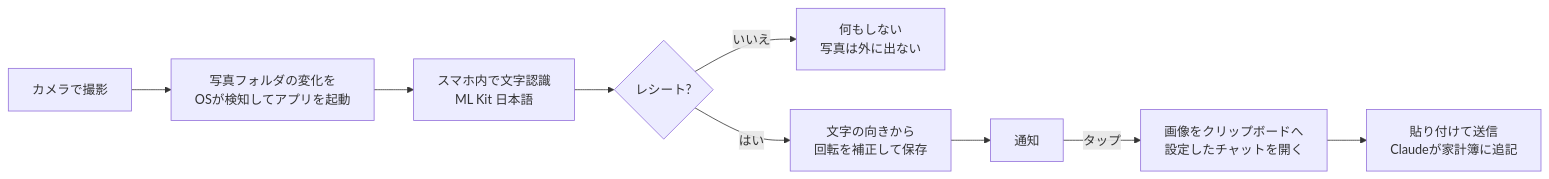
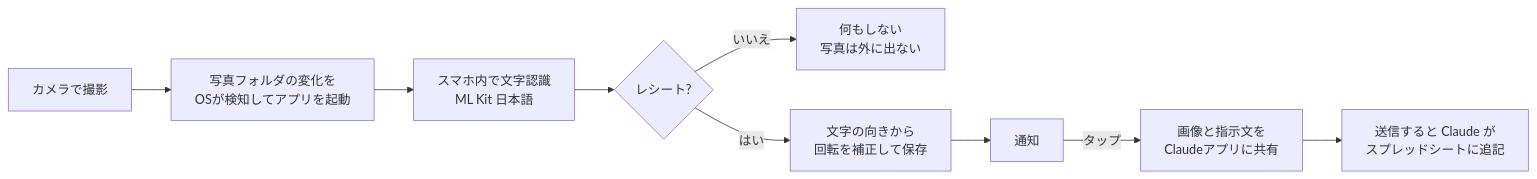
The diagram in README.md (ShioKara2424/receipt-kakeibo), drawn with Mermaid before and after one commit. The commit also changed other lines of this file and 8 other files, not shown here.

````diff
--- a/README.md
+++ b/README.md
@@ -21,11 +28,11 @@
 ```mermaid
 flowchart LR
     A[カメラで撮影] --> B[写真フォルダの変化を<br>OSが検知してアプリを起動]
     B --> C[スマホ内で文字認識<br>ML Kit 日本語]
     C --> D{レシート?}
     D -- いいえ --> E[何もしない<br>写真は外に出ない]
     D -- はい --> F[文字の向きから<br>回転を補正して保存]
     F --> G[通知]
-    G -- タップ --> H[画像をクリップボードへ<br>設定したチャットを開く]
-    H --> I[貼り付けて送信<br>Claudeが家計簿に追記]
+    G -- タップ --> H[画像と指示文を<br>Claudeアプリに共有]
+    H --> I[送信すると Claude が<br>スプレッドシートに追記]
 ```
````
